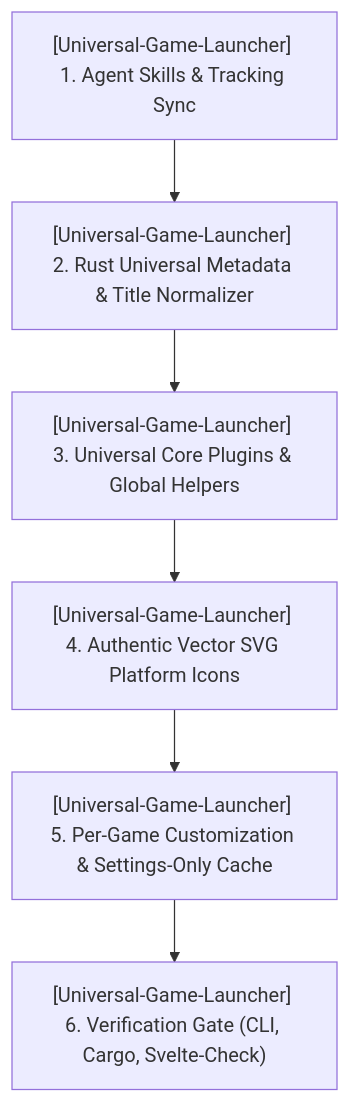
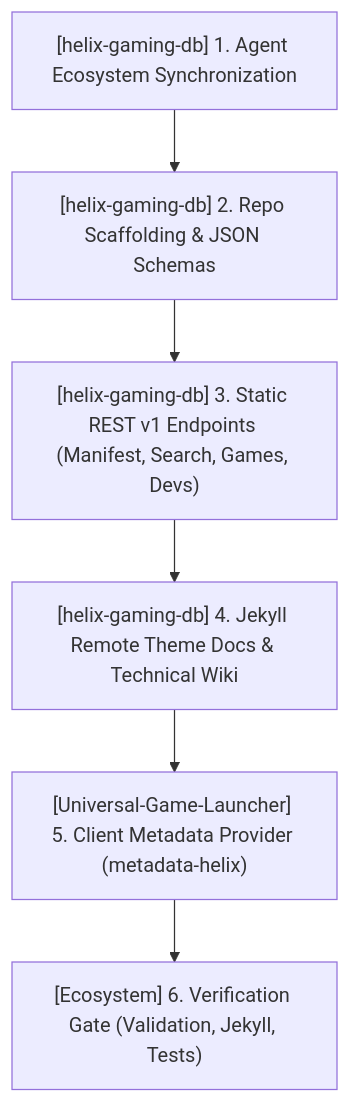
Before and after one commit to HELIX-Origin/agents: the diagram in TODO.md, drawn with Mermaid. The commit also changed other lines of this file and 7 other files, not shown here.

Commit message:
docs(ecosystem): synchronize agent ecosystem & tracking ledgers for helix-gaming-db release

````diff
--- a/TODO.md
+++ b/TODO.md
@@ -31,8 +31,8 @@
 ```mermaid
 flowchart TD
-    W49_1["[Universal-Game-Launcher] 1. Agent Skills & Tracking Sync"] --> W49_2["[Universal-Game-Launcher] 2. Rust Universal Metadata & Title Normalizer"]
-    W49_2 --> W49_3["[Universal-Game-Launcher] 3. Universal Core Plugins & Global Helpers"]
-    W49_3 --> W49_4["[Universal-Game-Launcher] 4. Authentic Vector SVG Platform Icons"]
-    W49_4 --> W49_5["[Universal-Game-Launcher] 5. Per-Game Customization & Settings-Only Cache"]
-    W49_5 --> W49_Gate["[Universal-Game-Launcher] 6. Verification Gate (CLI, Cargo, Svelte-Check)"]
+    W50_1["[helix-gaming-db] 1. Agent Ecosystem Synchronization"] --> W50_2["[helix-gaming-db] 2. Repo Scaffolding & JSON Schemas"]
+    W50_2 --> W50_3["[helix-gaming-db] 3. Static REST v1 Endpoints (Manifest, Search, Games, Devs)"]
+    W50_3 --> W50_4["[helix-gaming-db] 4. Jekyll Remote Theme Docs & Technical Wiki"]
+    W50_4 --> W50_5["[Universal-Game-Launcher] 5. Client Metadata Provider (metadata-helix)"]
+    W50_5 --> W50_Gate["[Ecosystem] 6. Verification Gate (Validation, Jekyll, Tests)"]
 ```
````
